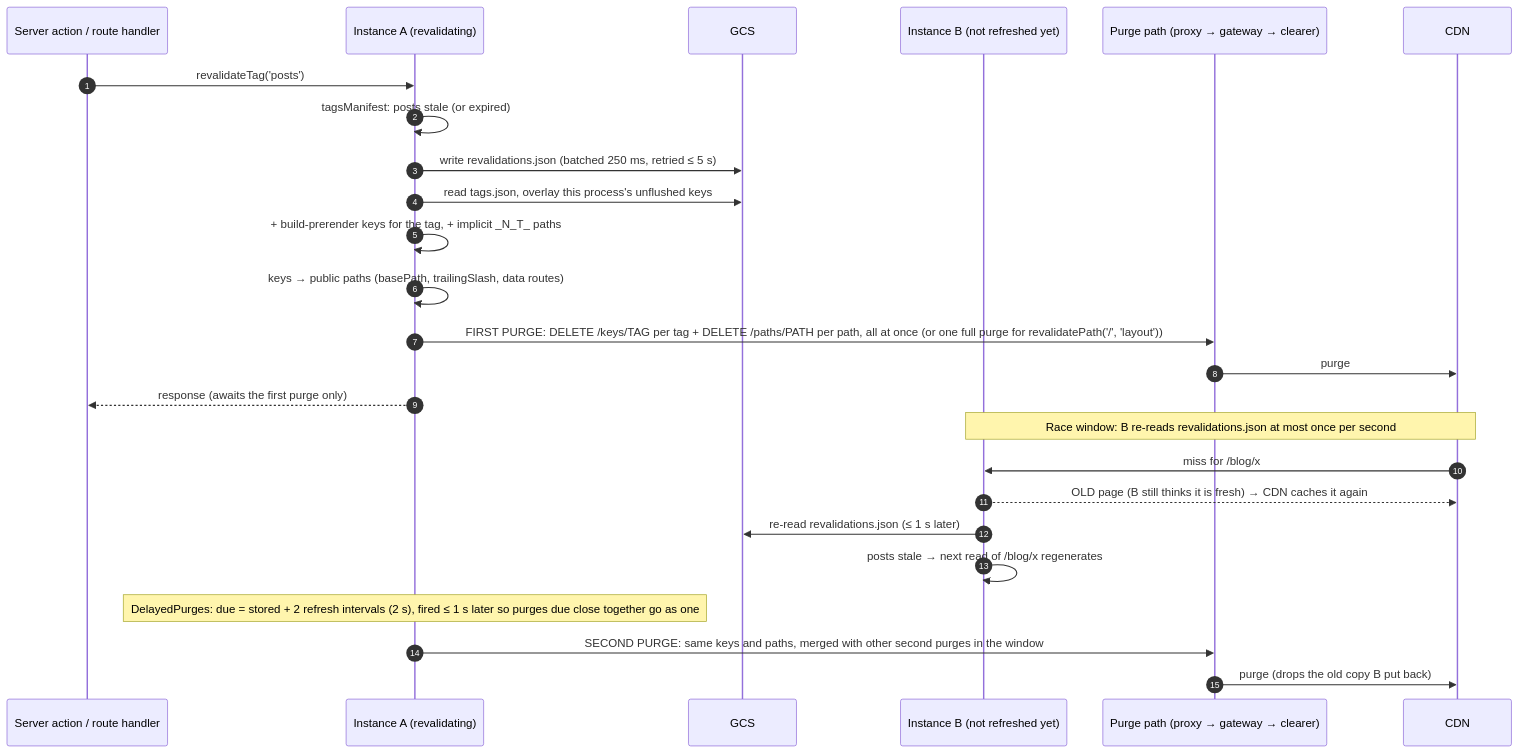
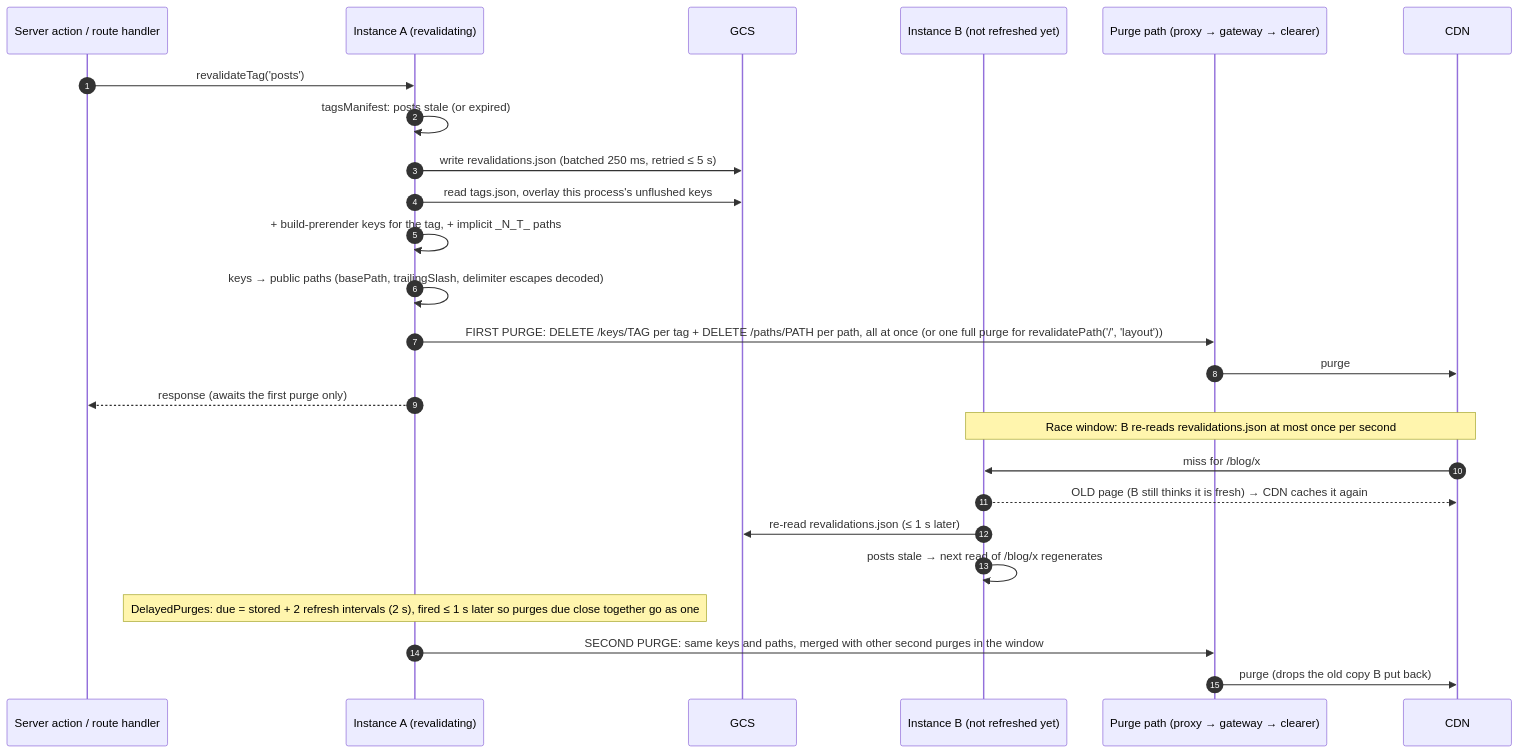
Before and after one commit to pantheon-systems/nextjs-cache-handler: the third of 5 diagrams in ARCHITECTURE.md, drawn with Mermaid. The commit also changed other lines of this file and 10 other files, not shown here.

First line of the commit message:
SITE-6314: purge the URLs Next serves for trailingSlash, /index and default-locale pages. (#140)

````diff
--- a/ARCHITECTURE.md
+++ b/ARCHITECTURE.md
@@ -98,31 +98,31 @@
 ```mermaid
 sequenceDiagram
   autonumber
   participant Caller as Server action / route handler
   participant A as Instance A (revalidating)
   participant G as GCS
   participant B as Instance B (not refreshed yet)
   participant P as Purge path (proxy → gateway → clearer)
   participant CDN
 
   Caller->>A: revalidateTag('posts')
   A->>A: tagsManifest: posts stale (or expired)
   A->>G: write revalidations.json (batched 250 ms, retried ≤ 5 s)
   A->>G: read tags.json, overlay this process's unflushed keys
   A->>A: + build-prerender keys for the tag, + implicit _N_T_ paths
-  A->>A: keys → public paths (basePath, trailingSlash, data routes)
+  A->>A: keys → public paths (basePath, trailingSlash, delimiter escapes decoded)
   A->>P: FIRST PURGE: DELETE /keys/TAG per tag + DELETE /paths/PATH per path, all at once (or one full purge for revalidatePath('/', 'layout'))
   P->>CDN: purge
   A-->>Caller: response (awaits the first purge only)
 
   Note over B,CDN: Race window: B re-reads revalidations.json at most once per second
   CDN->>B: miss for /blog/x
   B-->>CDN: OLD page (B still thinks it is fresh) → CDN caches it again
 
   B->>G: re-read revalidations.json (≤ 1 s later)
   B->>B: posts stale → next read of /blog/x regenerates
 
   Note over A: DelayedPurges: due = stored + 2 refresh intervals (2 s), fired ≤ 1 s later so purges due close together go as one
   A->>P: SECOND PURGE: same keys and paths, merged with other second purges in the window
   P->>CDN: purge (drops the old copy B put back)
 ```
````
